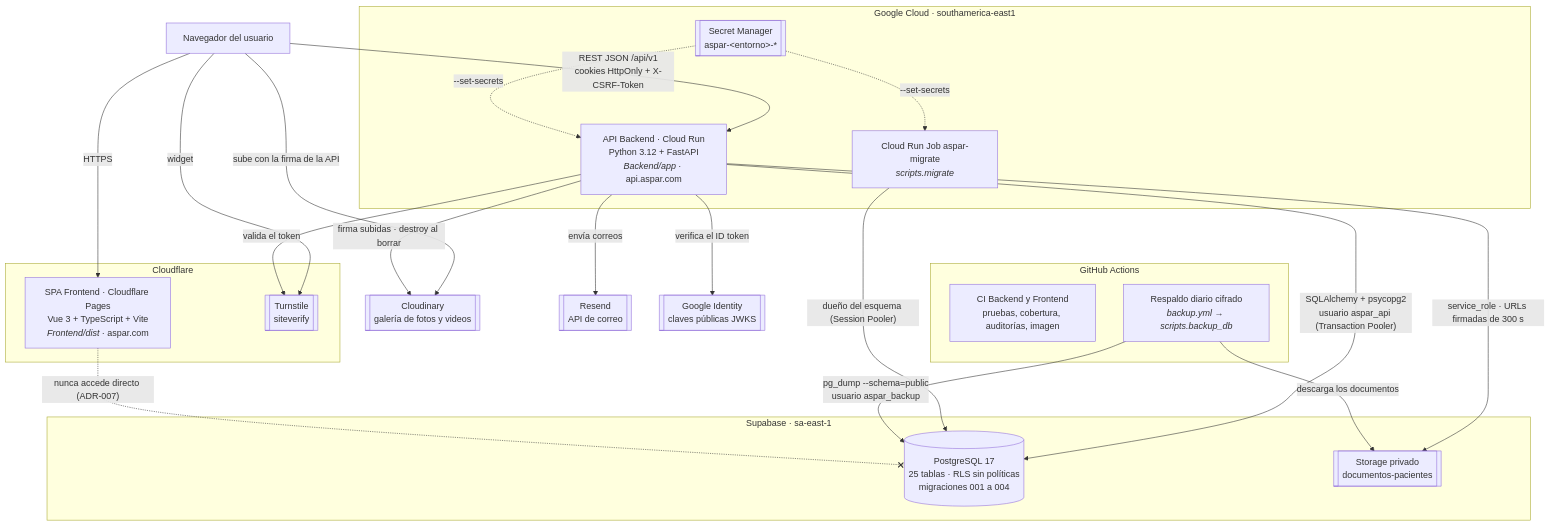
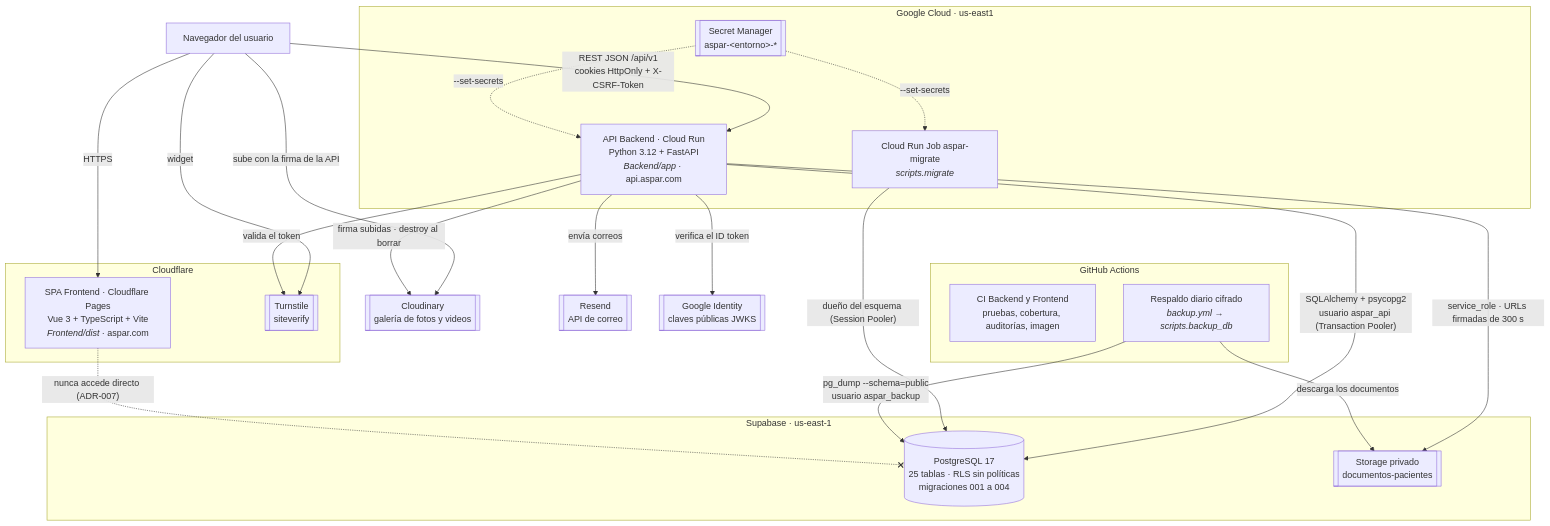
One commit to Joserppz/soluna-solutions changed the second of 6 diagrams in docs/arquitectura/C4_Y_MODELO_ER_ACTUALIZADO.md. Above: the diagram before and after it, drawn with Mermaid. The commit also changed 6 other files, not shown here.

First line of the commit message:
feat(operacion): API junto a Supabase en us-east1 y monitoreo de disponibilidad

````diff
--- a/docs/arquitectura/C4_Y_MODELO_ER_ACTUALIZADO.md
+++ b/docs/arquitectura/C4_Y_MODELO_ER_ACTUALIZADO.md
@@ -48,46 +48,46 @@
 ```mermaid
 flowchart TB
     navegador["Navegador del usuario"]
 
     subgraph cloudflare["Cloudflare"]
         spa["SPA Frontend · Cloudflare Pages<br/>Vue 3 + TypeScript + Vite<br/><i>Frontend/dist</i> · aspar.com"]
         turnstile[["Turnstile<br/>siteverify"]]
     end
 
-    subgraph gcp["Google Cloud · southamerica-east1"]
+    subgraph gcp["Google Cloud · us-east1"]
         api["API Backend · Cloud Run<br/>Python 3.12 + FastAPI<br/><i>Backend/app</i> · api.aspar.com"]
         job["Cloud Run Job aspar-migrate<br/><i>scripts.migrate</i>"]
         secretos[["Secret Manager<br/>aspar-&lt;entorno&gt;-*"]]
     end
 
-    subgraph supabase["Supabase · sa-east-1"]
+    subgraph supabase["Supabase · us-east-1"]
         db[("PostgreSQL 17<br/>25 tablas · RLS sin políticas<br/>migraciones 001 a 004")]
         bucket[["Storage privado<br/>documentos-pacientes"]]
     end
 
     subgraph github["GitHub Actions"]
         ci["CI Backend y Frontend<br/>pruebas, cobertura, auditorías, imagen"]
         respaldo["Respaldo diario cifrado<br/><i>backup.yml → scripts.backup_db</i>"]
     end
 
     cloudinary[["Cloudinary<br/>galería de fotos y videos"]]
     resend[["Resend<br/>API de correo"]]
     google[["Google Identity<br/>claves públicas JWKS"]]
 
     navegador -- "HTTPS" --> spa
     navegador -- "REST JSON /api/v1<br/>cookies HttpOnly + X-CSRF-Token" --> api
     navegador -- "sube con la firma de la API" --> cloudinary
     navegador -- "widget" --> turnstile
     api -- "SQLAlchemy + psycopg2<br/>usuario aspar_api (Transaction Pooler)" --> db
     job -- "dueño del esquema (Session Pooler)" --> db
     api -- "service_role · URLs firmadas de 300 s" --> bucket
     api -- "firma subidas · destroy al borrar" --> cloudinary
     api -- "valida el token" --> turnstile
     api -- "envía correos" --> resend
     api -- "verifica el ID token" --> google
     secretos -. "--set-secrets" .-> api
     secretos -. "--set-secrets" .-> job
     respaldo -- "pg_dump --schema=public<br/>usuario aspar_backup" --> db
     respaldo -- "descarga los documentos" --> bucket
     spa -. "nunca accede directo (ADR-007)" .-x db
 ```
````
